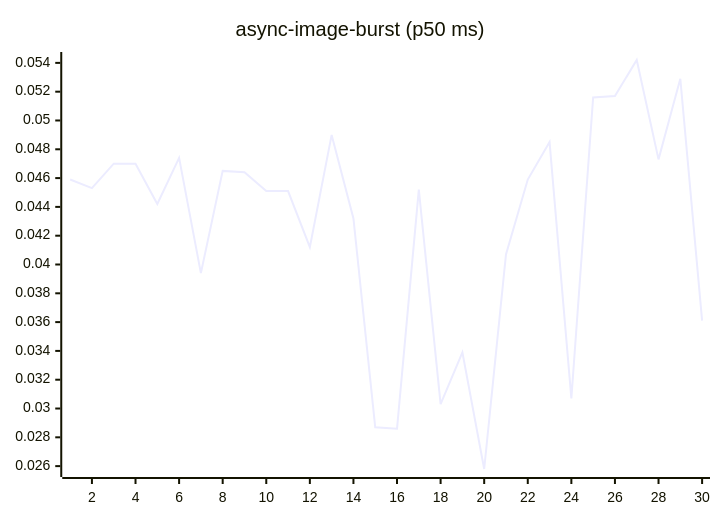
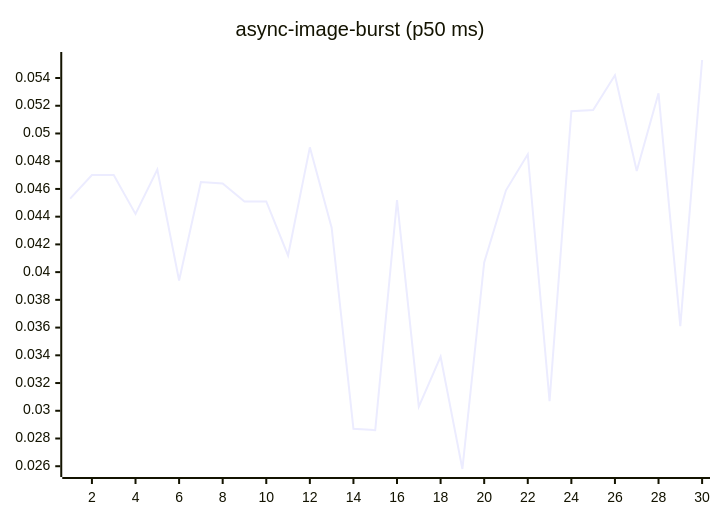
Before and after one commit to josha/Facet: the fourth of 27 diagrams in README.md, drawn with Mermaid. The commit also changed other lines of this file and 2 other files, not shown here.

````diff
--- a/README.md
+++ b/README.md
@@ -84,6 +84,6 @@
 ```mermaid
 xychart-beta
     title "async-image-burst (p50 ms)"
     x-axis 1 --> 30
-    line [0.0459, 0.0453, 0.0470, 0.0470, 0.0442, 0.0474, 0.0394, 0.0465, 0.0464, 0.0451, 0.0451, 0.0412, 0.0490, 0.0432, 0.0287, 0.0286, 0.0452, 0.0303, 0.0339, 0.0258, 0.0407, 0.0459, 0.0485, 0.0307, 0.0516, 0.0517, 0.0542, 0.0473, 0.0529, 0.0361]
+    line [0.0453, 0.0470, 0.0470, 0.0442, 0.0474, 0.0394, 0.0465, 0.0464, 0.0451, 0.0451, 0.0412, 0.0490, 0.0432, 0.0287, 0.0286, 0.0452, 0.0303, 0.0339, 0.0258, 0.0407, 0.0459, 0.0485, 0.0307, 0.0516, 0.0517, 0.0542, 0.0473, 0.0529, 0.0361, 0.0553]
 ```
````
